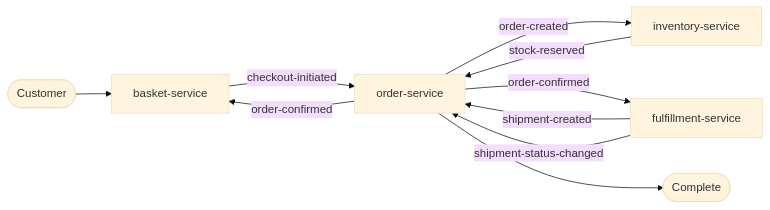
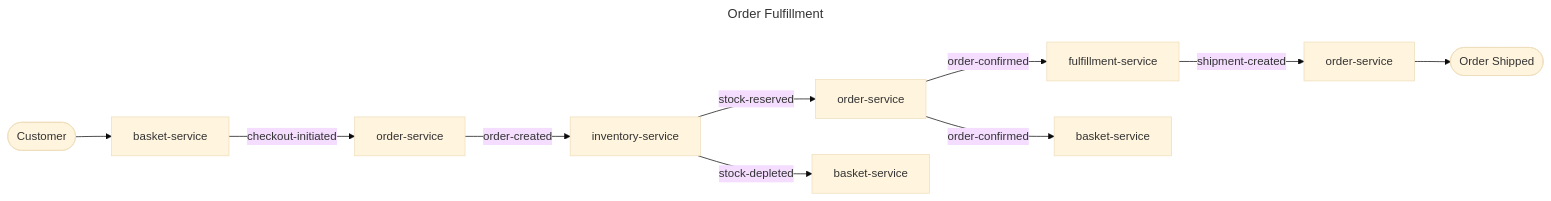
One commit to filozofira/spas changed the second of 5 diagrams in examples/domains/basket-checkout/README.md. Above: the diagram before and after it, drawn with Mermaid (base theme). The commit also changed other lines of this file and 46 other files, not shown here.

Commit message:
Rebuild basket-checkout and equipment-rental to use product service. (#78)

````diff
--- a/examples/domains/basket-checkout/README.md
+++ b/examples/domains/basket-checkout/README.md
@@ -5,12 +24,15 @@
 ```mermaid
+---
+title: Order Fulfillment
+---
 flowchart LR
     Start([Customer]) --> BS[basket-service]
     BS -->|checkout-initiated| OS[order-service]
     OS -->|order-created| IS[inventory-service]
-    IS -->|stock-reserved| OS
-    OS -->|order-confirmed| BS
-    OS -->|order-confirmed| FS[fulfillment-service]
-    FS -->|shipment-created| OS
-    FS -->|shipment-status-changed| OS
-    OS --> End([Complete])
+    IS -->|stock-reserved| OS2[order-service]
+    IS -->|stock-depleted| BS2[basket-service]
+    OS2 -->|order-confirmed| FS[fulfillment-service]
+    OS2 -->|order-confirmed| BS3[basket-service]
+    FS -->|shipment-created| OS3[order-service]
+    OS3 --> End([Order Shipped])
 ```
````
